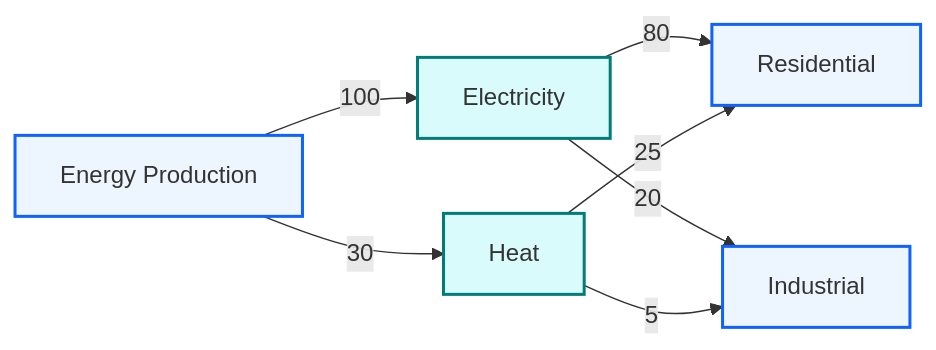
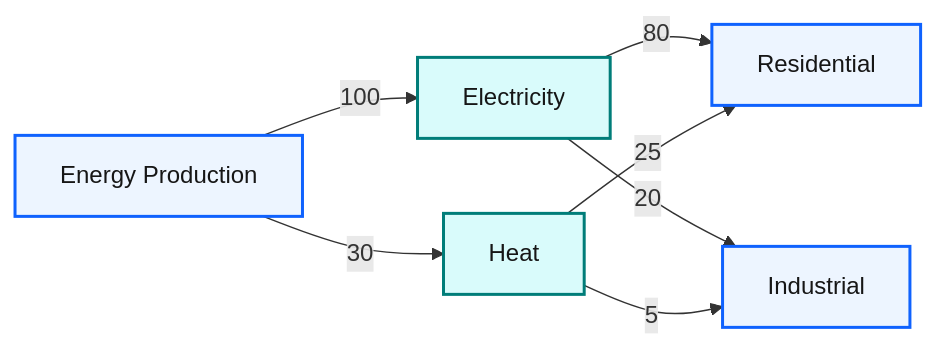
The fourth of 4 diagrams in examples/sankey.md (zhiweio/mermaid-illustrate), drawn with Mermaid before and after one commit. The commit also changed other lines of this file and 22 other files, not shown here.

````diff
--- a/examples/sankey.md
+++ b/examples/sankey.md
@@ -64,22 +64,22 @@
 ```mermaid
 flowchart LR
     EP[Energy Production]
     E[Electricity]
     H[Heat]
     R[Residential]
     I[Industrial]
 
     EP -->|100| E
     EP -->|30| H
     E -->|80| R
     E -->|20| I
     H -->|25| R
     H -->|5| I
 
-    classDef bpProcess fill:#edf5ff,stroke:#0f62fe,stroke-width:2px
-    classDef bpData fill:#d9fbfb,stroke:#007d79,stroke-width:2px
+    classDef bpProcess fill:#edf5ff,stroke:#0f62fe,stroke-width:2px,color:#161616
+    classDef bpData fill:#d9fbfb,stroke:#007d79,stroke-width:2px,color:#161616
 
     class EP bpProcess
     class E,H bpData
     class R,I bpProcess
 ```
````
